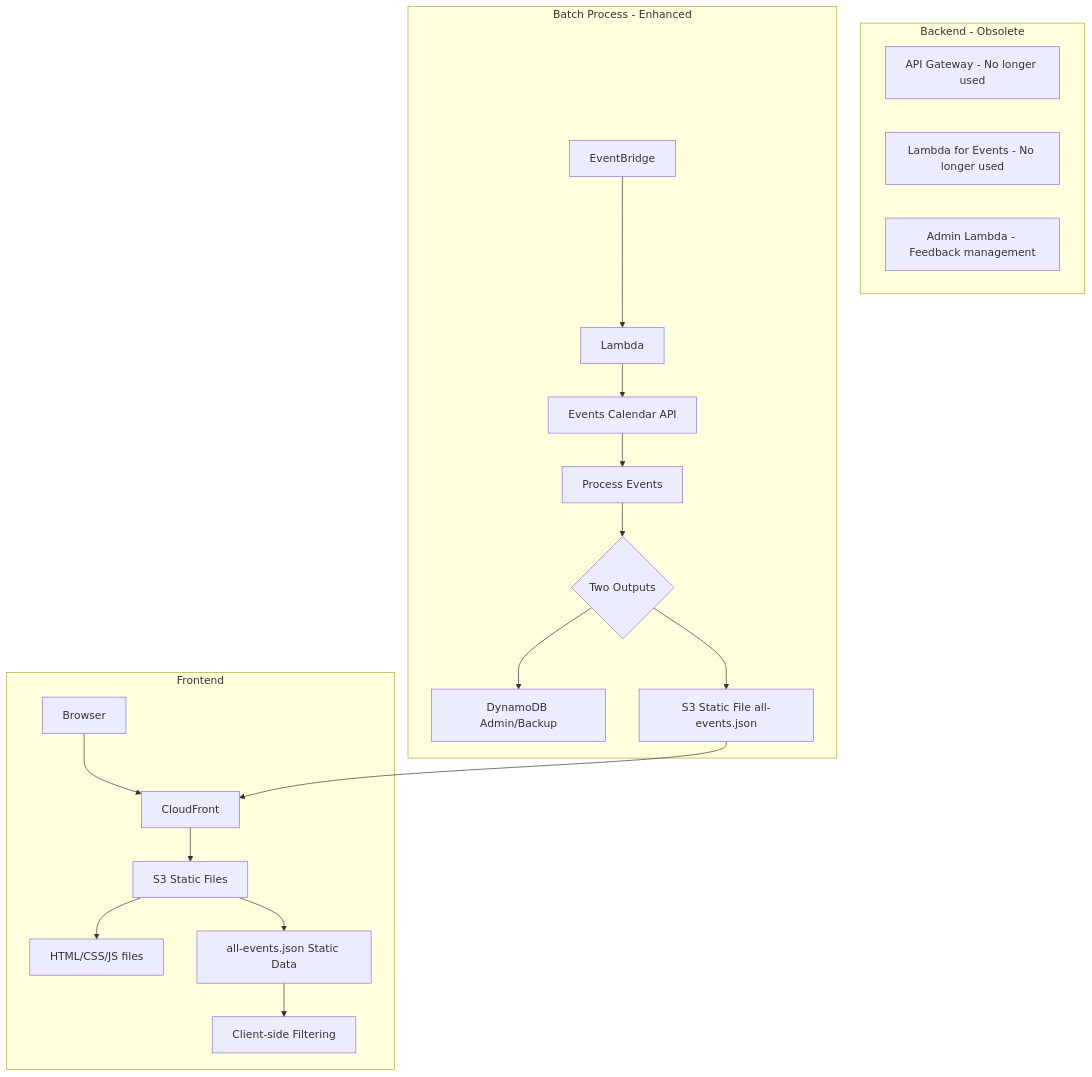
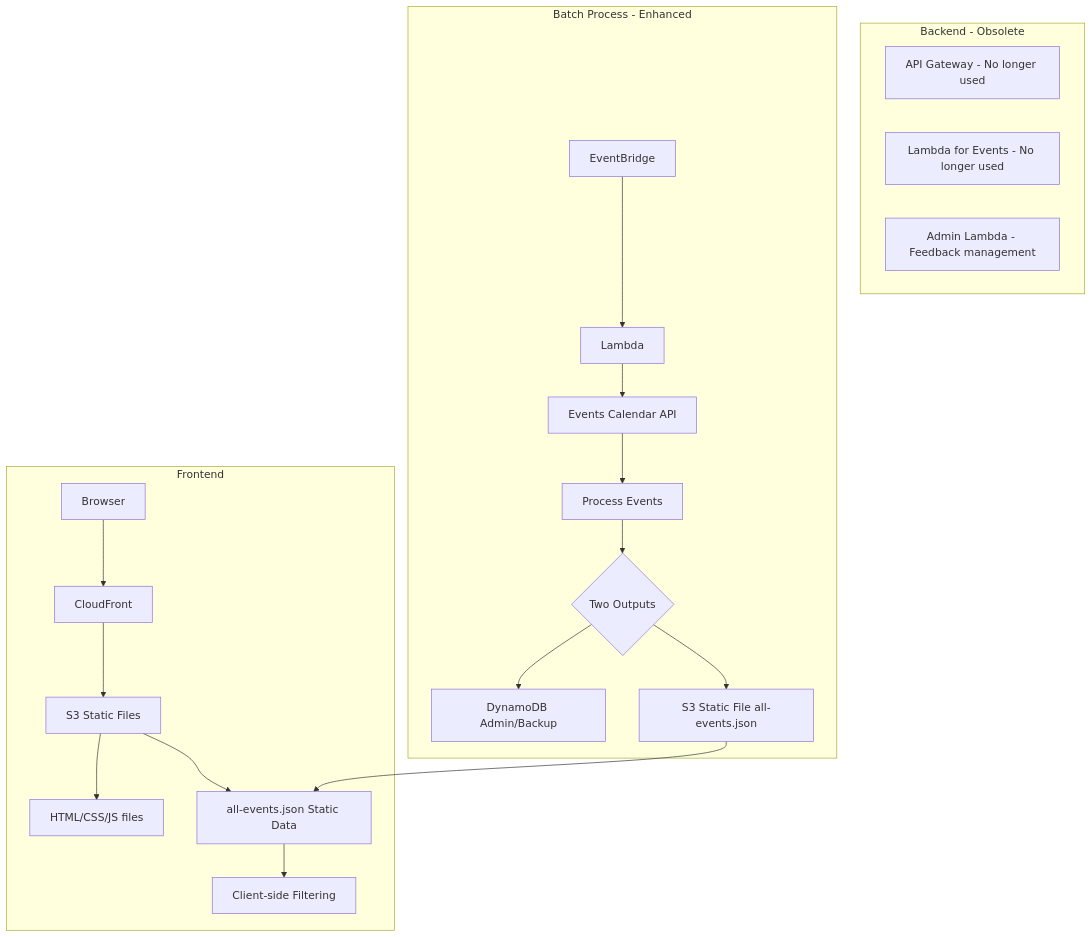
One commit to bbernstein/chq-calendar changed the fifth of 8 diagrams in docs/DEVELOPMENT_HISTORY.md. Above: the diagram before and after it, drawn with Mermaid. The commit also changed other lines of this file, not shown here.

Commit message:
Fix whitespace and update diagram links in DEVELOPMENT_HISTORY.md

````diff
--- a/docs/DEVELOPMENT_HISTORY.md
+++ b/docs/DEVELOPMENT_HISTORY.md
@@ -135,26 +135,26 @@
 ```mermaid
 graph TB
     subgraph Frontend5[Frontend]
         Browser5[Browser] --> CF5[CloudFront]
         CF5 --> S3Static[S3 Static Files]
         S3Static --> HTMLFiles[HTML/CSS/JS files]
         S3Static --> EventsJSON[all-events.json Static Data]
         EventsJSON --> ClientFilter5[Client-side Filtering]
     end
-    
+
     subgraph BackendObsolete[Backend - Obsolete]
         ObsoleteAPI[API Gateway - No longer used]
         ObsoleteLambda[Lambda for Events - No longer used]
         AdminLambda[Admin Lambda - Feedback management]
     end
-    
+
     subgraph BatchProcessEnhanced[Batch Process - Enhanced]
         Schedule5[EventBridge] --> Lambda9[Lambda]
         Lambda9 --> EventsAPI5[Events Calendar API]
         EventsAPI5 --> Process5[Process Events]
         Process5 --> TwoOutputs{Two Outputs}
         TwoOutputs --> DDB6[DynamoDB Admin/Backup]
         TwoOutputs --> StaticFile[S3 Static File all-events.json]
-        StaticFile --> CF5
+        StaticFile --> EventsJSON
     end
 ```
````
